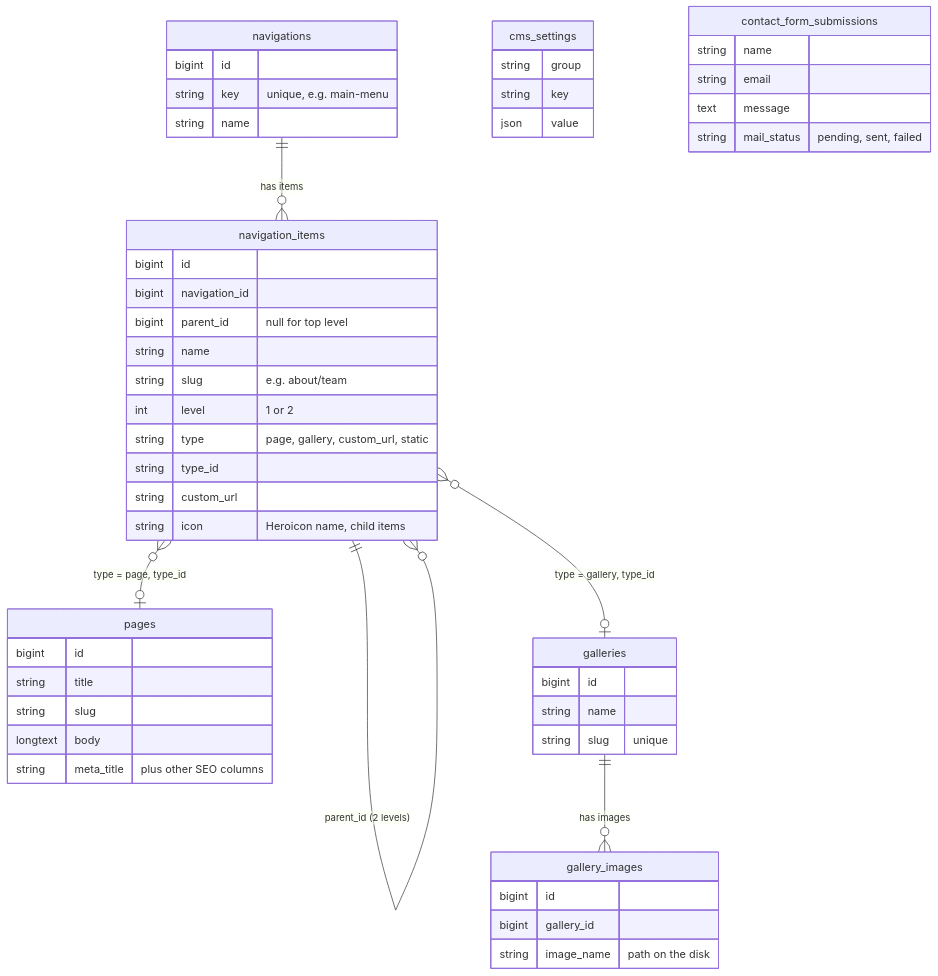
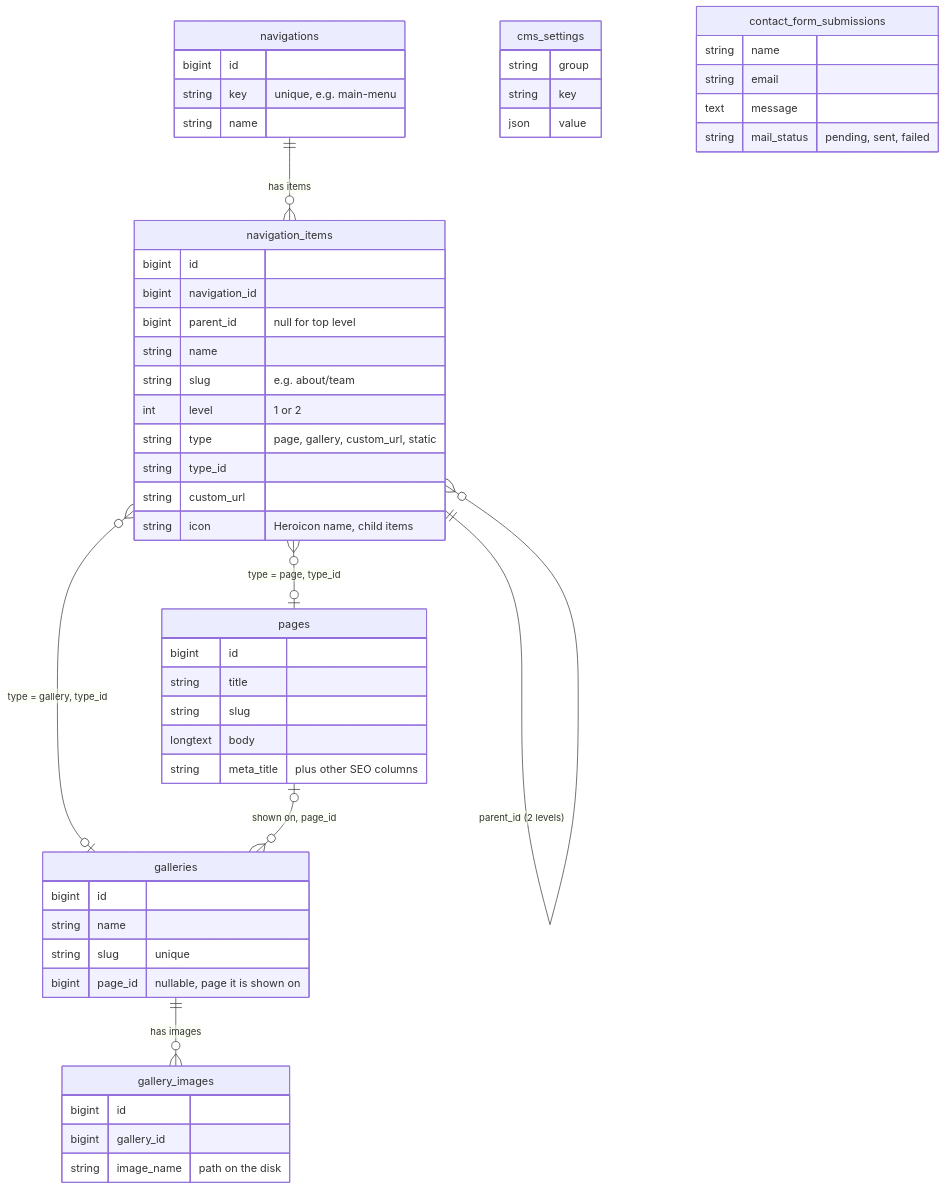
One commit to zaheensayyed/filament-cms changed the diagram in docs/concepts.md. Above: the diagram before and after it, drawn with Mermaid. The commit also changed other lines of this file and 10 other files, not shown here.

First line of the commit message:
Show galleries on pages, drop image upload from the page body editor

````diff
--- a/docs/concepts.md
+++ b/docs/concepts.md
@@ -71,54 +72,56 @@
 ```mermaid
 erDiagram
     navigations ||--o{ navigation_items : "has items"
     navigation_items ||--o{ navigation_items : "parent_id (2 levels)"
     navigation_items }o--o| pages : "type = page, type_id"
     navigation_items }o--o| galleries : "type = gallery, type_id"
+    pages |o--o{ galleries : "shown on, page_id"
     galleries ||--o{ gallery_images : "has images"
 
     navigations {
         bigint id
         string key "unique, e.g. main-menu"
         string name
     }
     navigation_items {
         bigint id
         bigint navigation_id
         bigint parent_id "null for top level"
         string name
         string slug "e.g. about/team"
         int level "1 or 2"
         string type "page, gallery, custom_url, static"
         string type_id
         string custom_url
         string icon "Heroicon name, child items"
     }
     pages {
         bigint id
         string title
         string slug
         longtext body
         string meta_title "plus other SEO columns"
     }
     galleries {
         bigint id
         string name
         string slug "unique"
+        bigint page_id "nullable, page it is shown on"
     }
     gallery_images {
         bigint id
         bigint gallery_id
         string image_name "path on the disk"
     }
     cms_settings {
         string group
         string key
         json value
     }
     contact_form_submissions {
         string name
         string email
         text message
         string mail_status "pending, sent, failed"
     }
 ```
````
